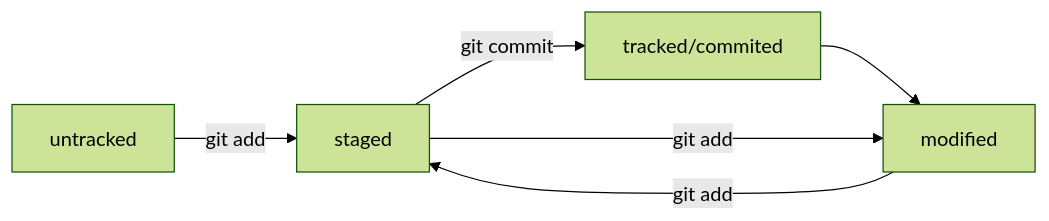
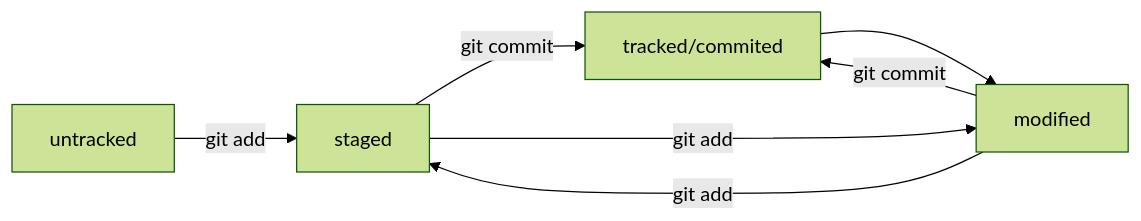
The diagram in readme.md (Vladimir-Stepanenko/project), drawn with Mermaid (forest theme) before and after one commit.

Commit message:
Добавить изменение в схеме о статусах файлов git

````diff
--- a/readme.md
+++ b/readme.md
@@ -63,7 +63,8 @@
 ```mermaid
 graph LR;
   untracked -- "git add" --> staged;
   staged -- "git commit" --> tracked/commited;
   tracked/commited --> modified -- "git add" --> staged;
   staged -- "git add" --> modified;
+  modified -- "git commit" --> tracked/commited;
 ```  
````
